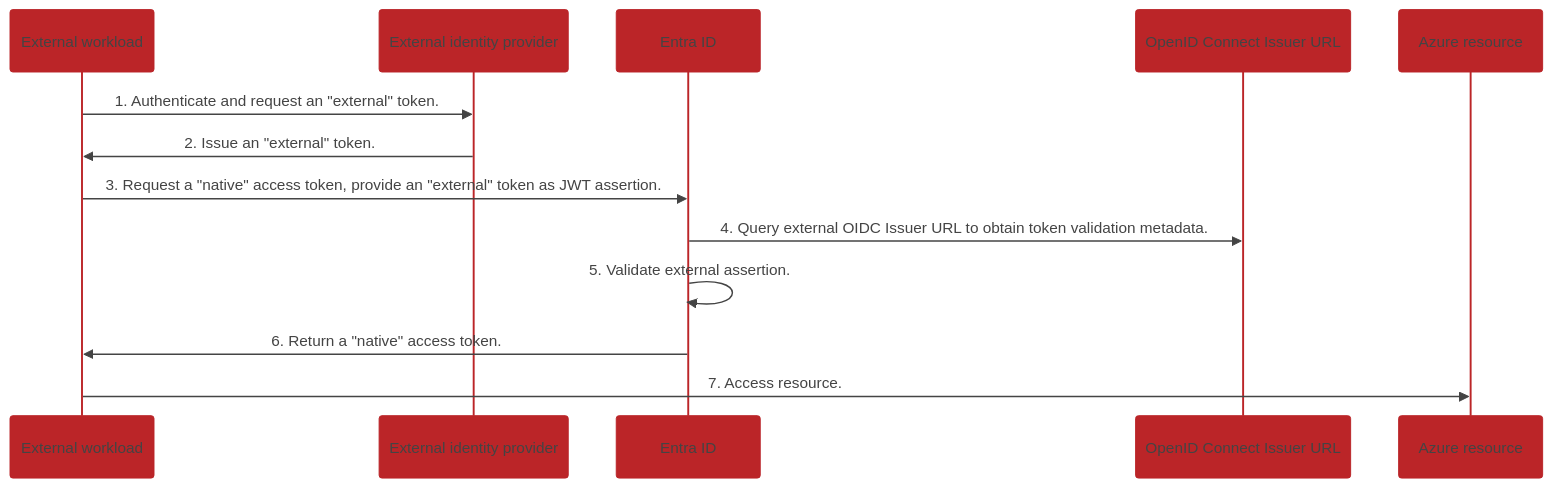
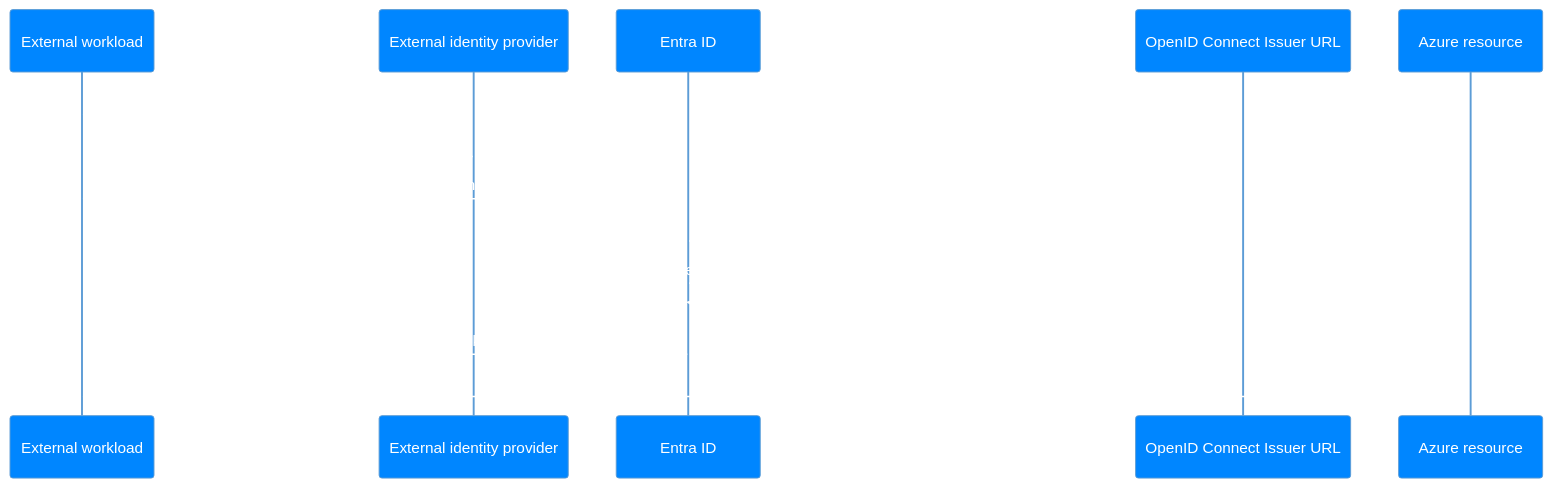
One commit to lucas-ko/lucas-ko.github.io changed the second of 3 diagrams in _posts/2025-01-11-Workload-Identity-Federation-Hidden-Risks.md. Above: the diagram before and after it, drawn with Mermaid. The commit also changed other lines of this file, not shown here.

````diff
--- a/_posts/2025-01-11-Workload-Identity-Federation-Hidden-Risks.md
+++ b/_posts/2025-01-11-Workload-Identity-Federation-Hidden-Risks.md
@@ -54,27 +52,25 @@
 ```mermaid
 %%{
   init: {
     'theme': 'base',
     'themeVariables': {
-      'primaryColor': '#BB2528',
-      'primaryTextColor': '#444444',
-      'primaryBorderColor': '#BB2528',
-      'lineColor': '#444444',
-      'secondaryColor': '#A56BCD',
-      'tertiaryColor': '#999999'
+      'primaryColor': '#0086FF',
+      'primaryTextColor': '#FFFFFF',
+      'lineColor': '#000000',
+      'darkMode': 'true'
     }
   }
 }%% sequenceDiagram
     participant EW as External workload
     participant EIDP as External identity provider
     participant EID as Entra ID
     participant EOIDC as OpenID Connect Issuer URL   
     participant Az as Azure resource
     EW ->> EIDP: 1. Authenticate and request an "external" token.
     EIDP ->> EW: 2. Issue an "external" token.
     EW ->> EID: 3. Request a "native" access token, provide an "external" token as JWT assertion.
     EID->> EOIDC: 4. Query external OIDC Issuer URL to obtain token validation metadata.
     EID->> EID: 5. Validate external assertion.
     EID ->> EW: 6. Return a "native" access token.
     EW ->> Az: 7. Access resource.
 ```
````
